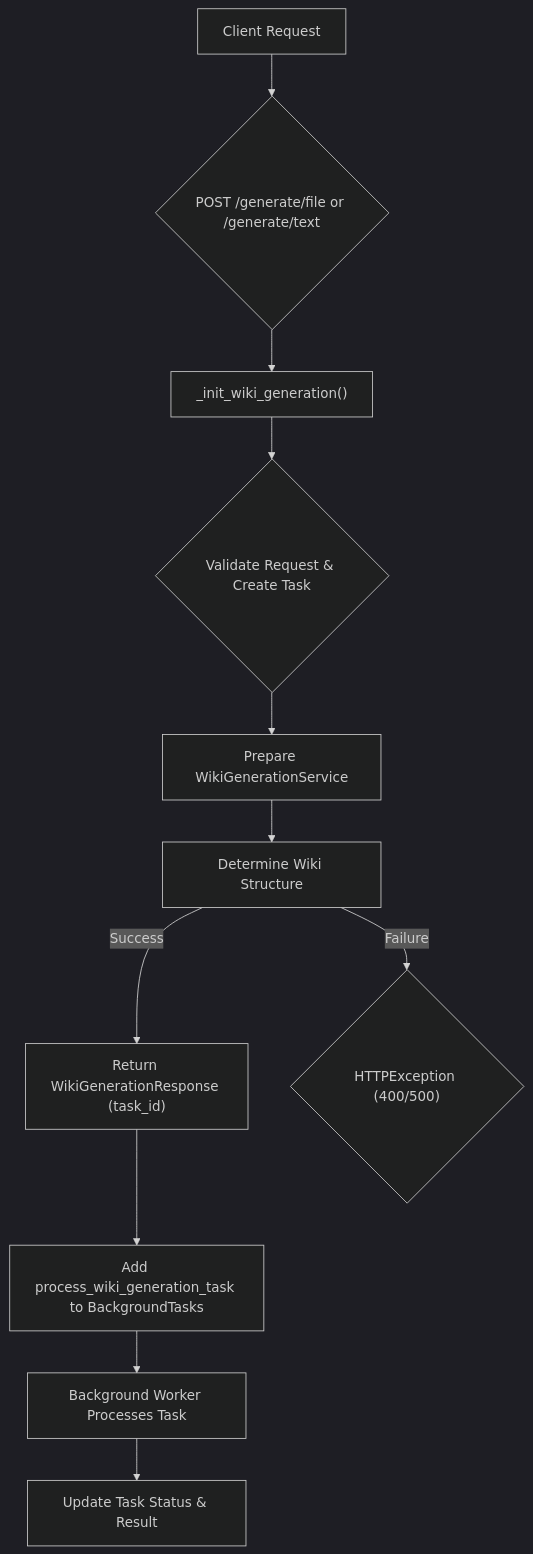
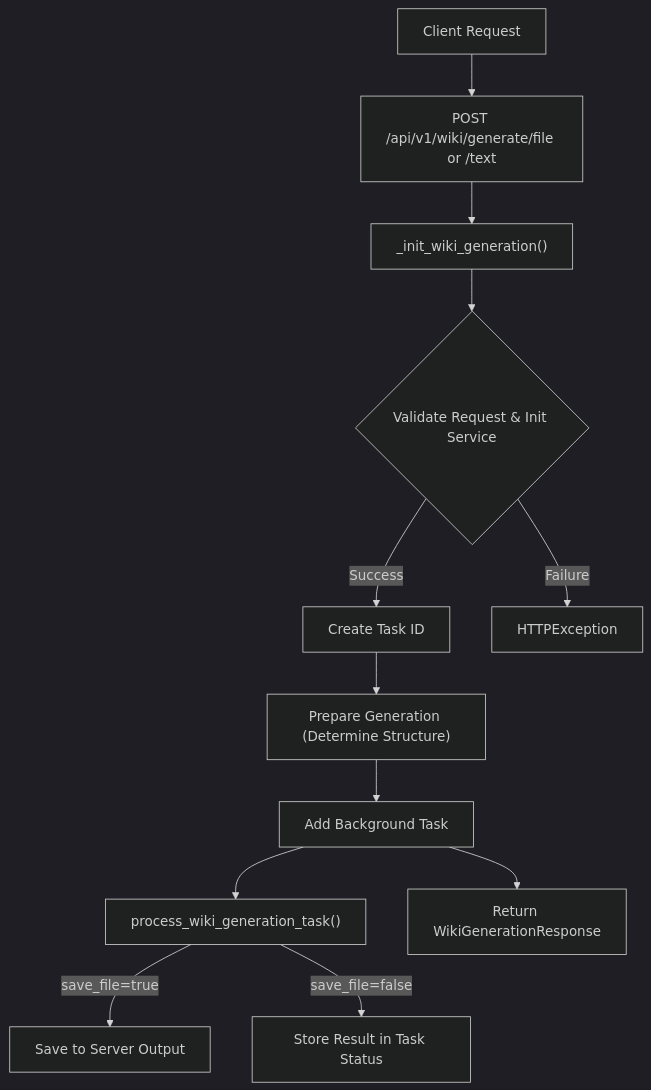
Before and after one commit to catuscio/wiki-as-readme: diagram 12 of 19 in examples/wiki_as_README.md, drawn with Mermaid (dark theme). The commit also changed other lines of this file, not shown here.

Commit message:
✨📚 Update examples/wiki_as_README.md via Wiki-As-Readme Action (en)

````diff
--- a/examples/wiki_as_README.md
+++ b/examples/wiki_as_README.md
@@ -1360,13 +1492,14 @@
 ```mermaid
 graph TD
-    A["Client Request"] --> B{"POST /generate/file or /generate/text"};
+    A["Client Request"] --> B["POST /api/v1/wiki/generate/file or /text"];
     B --> C["_init_wiki_generation()"];
-    C --> D{"Validate Request & Create Task"};
-    D --> E["Prepare WikiGenerationService"];
-    E --> F["Determine Wiki Structure"];
-    F -- "Success" --> G["Return WikiGenerationResponse (task_id)"];
-    F -- "Failure" --> H{"HTTPException (400/500)"};
-    G --> I["Add process_wiki_generation_task to BackgroundTasks"];
-    I --> J["Background Worker Processes Task"];
-    J --> K["Update Task Status & Result"];
+    C --> D{"Validate Request & Init Service"};
+    D -- "Success" --> E["Create Task ID"];
+    E --> F["Prepare Generation (Determine Structure)"];
+    F --> G["Add Background Task"];
+    G --> H["process_wiki_generation_task()"];
+    H -- "save_file=true" --> I["Save to Server Output"];
+    H -- "save_file=false" --> J["Store Result in Task Status"];
+    G --> K["Return WikiGenerationResponse"];
+    D -- "Failure" --> L["HTTPException"];
 ```
````
